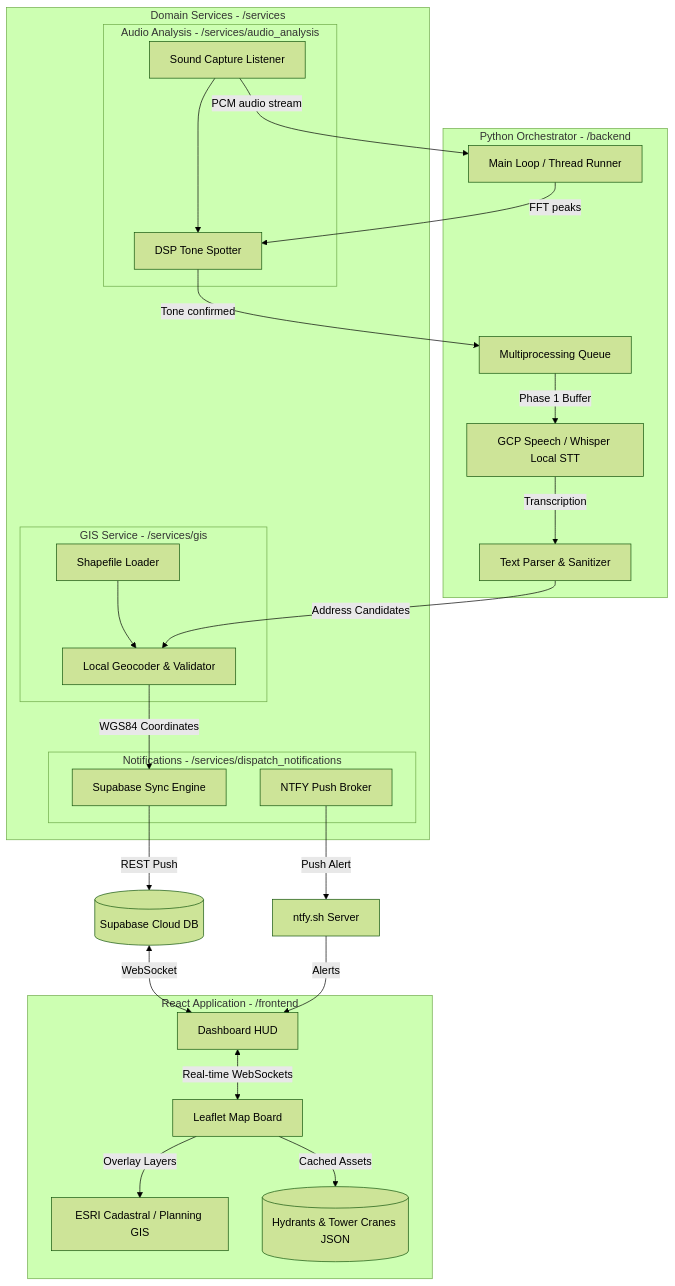
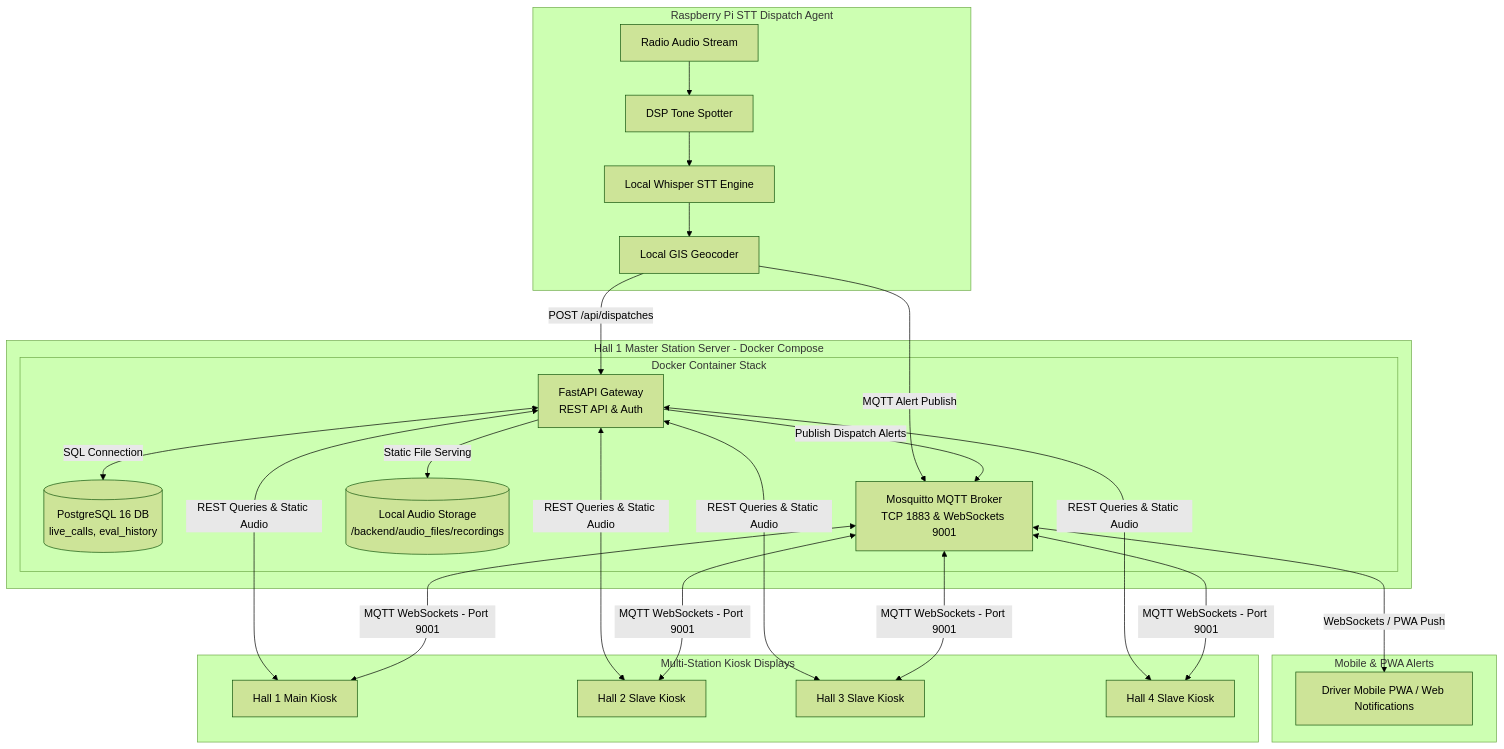
One commit to cwoodworth89/CFR-EVO-APP changed the first of 2 diagrams in README.md. Above: the diagram before and after it, drawn with Mermaid (forest theme). The commit also changed other lines of this file and 25 other files, not shown here.

Commit message:
feat(architecture): Migrate to containerized local stack (PostgreSQL + FastAPI + Mosquitto MQTT) with multi-kiosk sync and documentation updates

````diff
--- a/README.md
+++ b/README.md
@@ -21,41 +21,45 @@
 ```mermaid
 flowchart TB
-    subgraph Frontend [React Application - /frontend]
-        A[Dashboard HUD] <-->|Real-time WebSockets| B[Leaflet Map Board]
-        B -->|Overlay Layers| C[ESRI Cadastral / Planning GIS]
-        B -->|Cached Assets| D[(Hydrants & Tower Cranes JSON)]
+    subgraph Hall1Master [Hall 1 Master Station Server - Docker Compose]
+        subgraph Containers [Docker Container Stack]
+            PG[(PostgreSQL 16 DB\nlive_calls, eval_history)]
+            API[FastAPI Gateway\nREST API & Auth]
+            MQTT[Mosquitto MQTT Broker\nTCP 1883 & WebSockets 9001]
+            STORAGE[(Local Audio Storage\n/backend/audio_files/recordings)]
+        end
+        API <-->|SQL Connection| PG
+        API -->|Static File Serving| STORAGE
+        API -->|Publish Dispatch Alerts| MQTT
     end
 
-    subgraph SiblingServices [Domain Services - /services]
-        subgraph GISDomain [GIS Service - /services/gis]
-            E[Shapefile Loader] --> F[Local Geocoder & Validator]
-        end
-        subgraph AudioDomain [Audio Analysis - /services/audio_analysis]
-            G[Sound Capture Listener] --> H[DSP Tone Spotter]
-        end
-        subgraph NotificationDomain [Notifications - /services/dispatch_notifications]
-            I[Supabase Sync Engine]
-            J[NTFY Push Broker]
-        end
+    subgraph StationKiosks [Multi-Station Kiosk Displays]
+        K1[Hall 1 Main Kiosk]
+        K2[Hall 2 Slave Kiosk]
+        K3[Hall 3 Slave Kiosk]
+        K4[Hall 4 Slave Kiosk]
     end
 
-    subgraph Backend [Python Orchestrator - /backend]
-        K[Main Loop / Thread Runner]
-        L[Multiprocessing Queue]
-        M[GCP Speech / Whisper Local STT]
-        N[Text Parser & Sanitizer]
+    subgraph MobileAlerts [Mobile & PWA Alerts]
+        PWA[Driver Mobile PWA / Web Notifications]
     end
 
-    %% Flow connections
-    G -->|PCM audio stream| K
-    K -->|FFT peaks| H
-    H -->|Tone confirmed| L
-    L -->|Phase 1 Buffer| M
-    M -->|Transcription| N
-    N -->|Address Candidates| F
-    F -->|WGS84 Coordinates| I
-    I -->|REST Push| O[(Supabase Cloud DB)]
-    J -->|Push Alert| P[ntfy.sh Server]
-    O <-->|WebSocket| A
-    P -->|Alerts| A
+    subgraph DispatchAgent [Raspberry Pi STT Dispatch Agent]
+        AUDIO[Radio Audio Stream] --> DSP[DSP Tone Spotter]
+        DSP --> STT[Local Whisper STT Engine]
+        STT --> GIS[Local GIS Geocoder]
+        GIS -->|POST /api/dispatches| API
+        GIS -->|MQTT Alert Publish| MQTT
+    end
+
+    %% Real-time Broadcast connections
+    MQTT <-->|MQTT WebSockets - Port 9001| K1
+    MQTT <-->|MQTT WebSockets - Port 9001| K2
+    MQTT <-->|MQTT WebSockets - Port 9001| K3
+    MQTT <-->|MQTT WebSockets - Port 9001| K4
+    MQTT <-->|WebSockets / PWA Push| PWA
+
+    API <-->|REST Queries & Static Audio| K1
+    API <-->|REST Queries & Static Audio| K2
+    API <-->|REST Queries & Static Audio| K3
+    API <-->|REST Queries & Static Audio| K4
 ```
````
